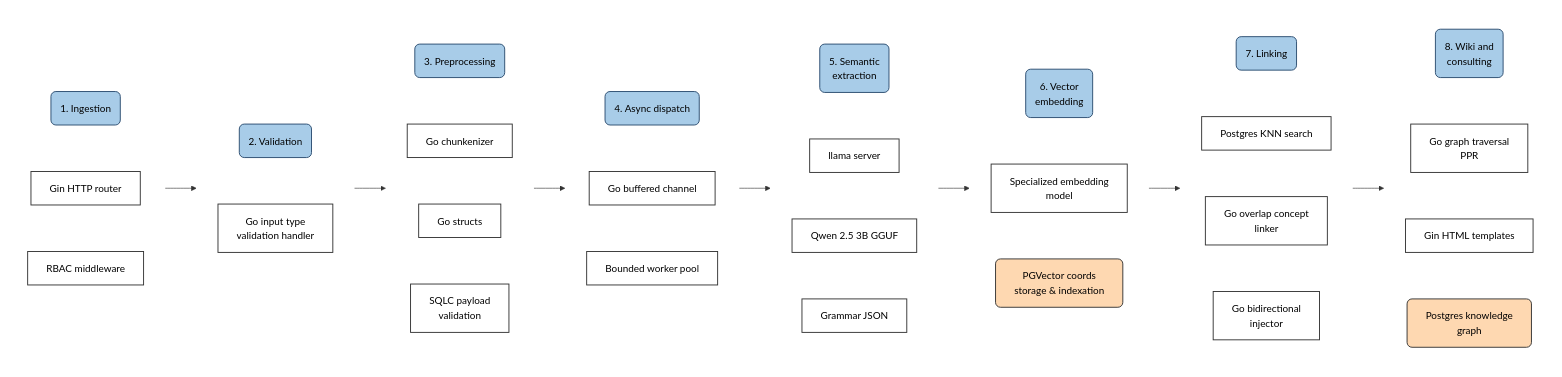
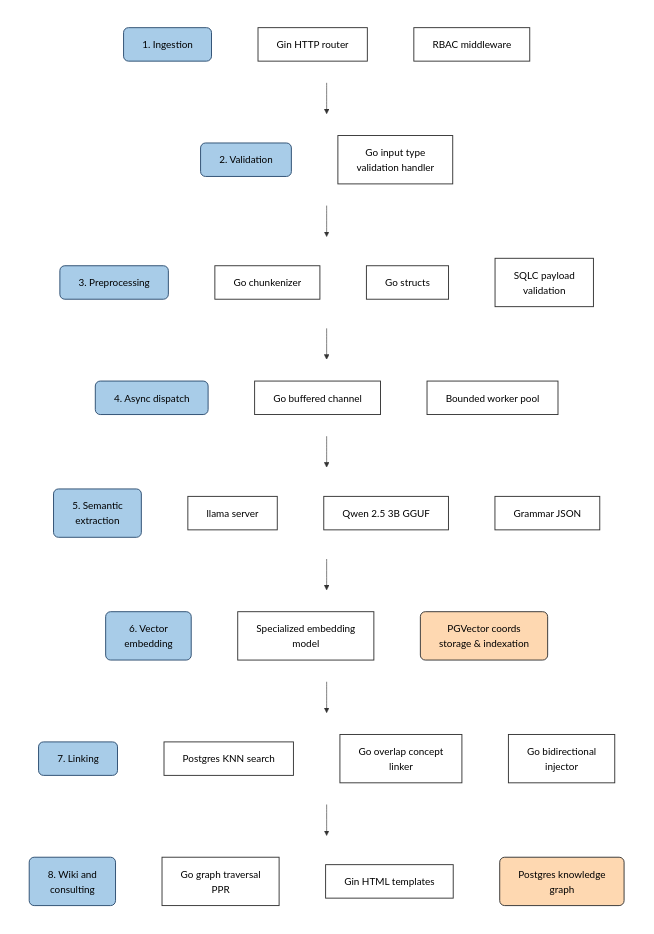
Before and after one commit to angelemmavelasco/thinker: the second of 2 diagrams in README.md, drawn with Mermaid. The commit also changed other lines of this file and 1 other file, not shown here.

Commit message:
1.0.0 fix: update response guidelines for knowledge graph assistant to enforce strict adherence to documentation and language requirements

````diff
--- a/README.md
+++ b/README.md
@@ -39,26 +54,26 @@
 ```mermaid
-flowchart LR
+flowchart TD
 
     P1 --> P2 --> P3 --> P4 --> P5 --> P6 --> P7 --> P8
 
     subgraph Col1 [" "]
-        direction TB
-        P1("1. Ingestion")
+        direction LR
+        P1["1. Ingestion"]
         C1_1["Gin HTTP router"]
         C1_2["RBAC middleware"]
         P1 ~~~ C1_1 ~~~ C1_2
     end
 
     subgraph Col2 [" "]
-        direction TB
-        P2("2. Validation")
+        direction LR
+        P2["2. Validation"]
         C2_1["Go input type<br/>validation handler"]
         P2 ~~~ C2_1
     end
 
     subgraph Col3 [" "]
-        direction TB
-        P3("3. Preprocessing")
+        direction LR
+        P3["3. Preprocessing"]
         C3_1["Go chunkenizer"]
         C3_2["Go structs"]
         C3_3["SQLC payload<br/>validation"]
@@ -66,16 +81,16 @@
     end
 
     subgraph Col4 [" "]
-        direction TB
-        P4("4. Async dispatch")
+        direction LR
+        P4["4. Async dispatch"]
         C4_1["Go buffered channel"]
         C4_2["Bounded worker pool"]
         P4 ~~~ C4_1 ~~~ C4_2
     end
 
     subgraph Col5 [" "]
-        direction TB
-        P5("5. Semantic<br/>extraction")
+        direction LR
+        P5["5. Semantic<br/>extraction"]
         C5_1["llama server"]
         C5_2["Qwen 2.5 3B GGUF"]
         C5_3["Grammar JSON"]
@@ -83,16 +98,16 @@
     end
 
     subgraph Col6 [" "]
-        direction TB
-        P6("6. Vector<br/>embedding")
+        direction LR
+        P6["6. Vector<br/>embedding"]
         C6_1["Specialized embedding<br/>model"]
         T6["PGVector coords<br/>storage & indexation"]
         P6 ~~~ C6_1 ~~~ T6
     end
 
     subgraph Col7 [" "]
-        direction TB
-        P7("7. Linking")
+        direction LR
+        P7["7. Linking"]
         C7_1["Postgres KNN search"]
         C7_2["Go overlap concept<br/>linker"]
         C7_3["Go bidirectional<br/>injector"]
@@ -100,8 +115,8 @@
     end
 
     subgraph Col8 [" "]
-        direction TB
-        P8("8. Wiki and<br/>consulting")
+        direction LR
+        P8["8. Wiki and<br/>consulting"]
         C8_1["Go graph traversal<br/>PPR"]
         C8_2["Gin HTML templates"]
         T8["Postgres knowledge<br/>graph"]
````
